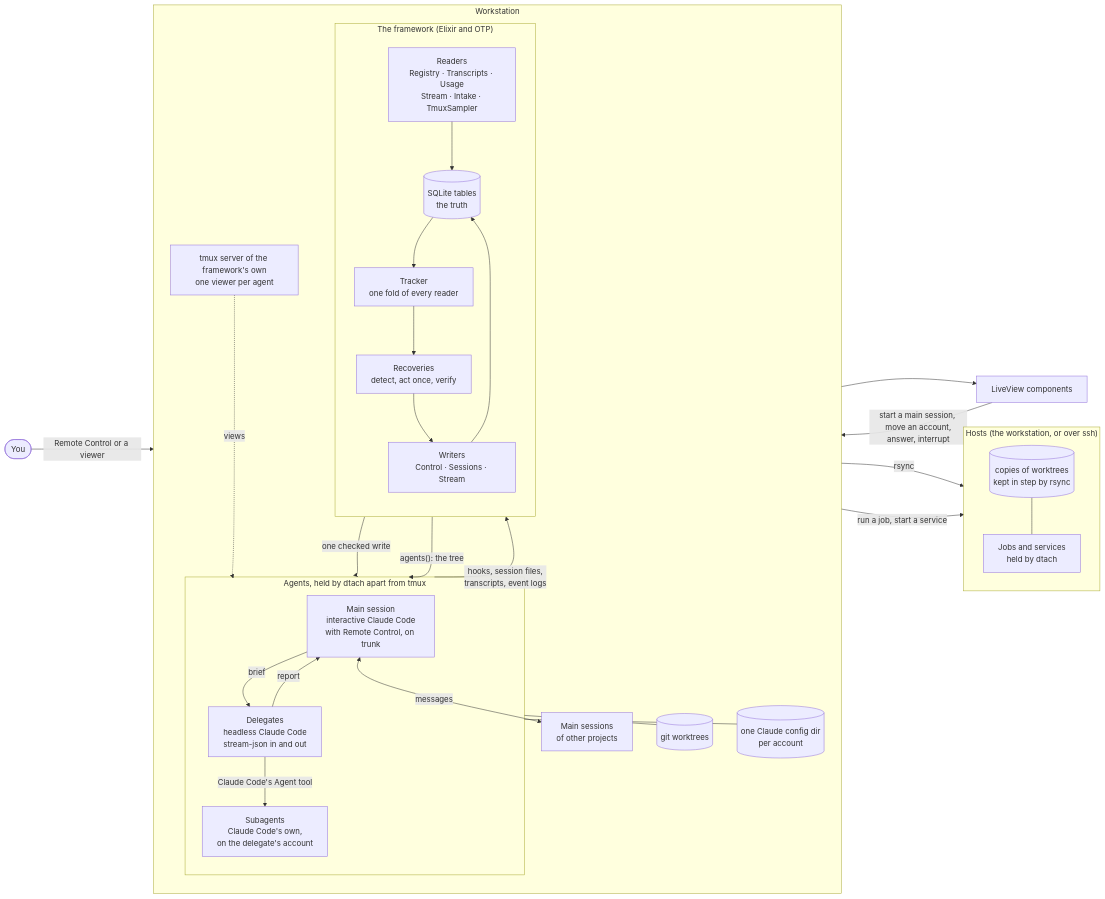
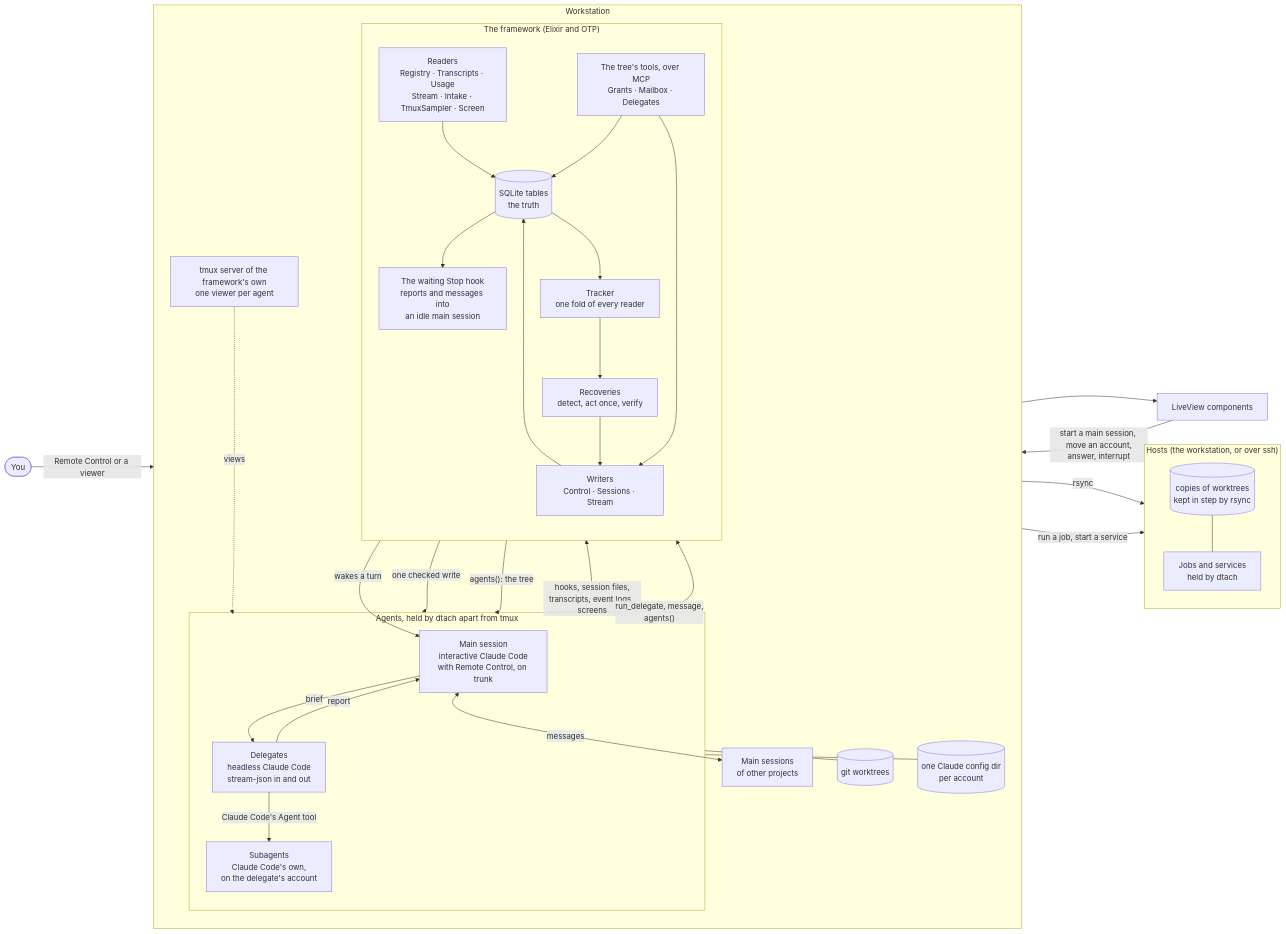
Before and after one commit to SushyDev/coding_agent_framework: the first of 2 diagrams in README.md, drawn with Mermaid. The commit also changed other lines of this file, not shown here.

First line of the commit message:
F-114: the README's charts and status brought up to date

````diff
--- a/README.md
+++ b/README.md
@@ -27,56 +27,63 @@
 ```mermaid
 flowchart LR
   person([You])
 
   subgraph ws["Workstation"]
     direction TB
     subgraph tree["Agents, held by dtach apart from tmux"]
       main["Main session<br/>interactive Claude Code<br/>with Remote Control, on trunk"]
       delegate["Delegates<br/>headless Claude Code<br/>stream-json in and out"]
       sub["Subagents<br/>Claude Code's own,<br/>on the delegate's account"]
     end
     otherMain["Main sessions<br/>of other projects"]
     tmux["tmux server of the framework's own<br/>one viewer per agent"]
     worktrees[("git worktrees")]
     configs[("one Claude config dir<br/>per account")]
 
     subgraph framework["The framework (Elixir and OTP)"]
       direction TB
-      readers["Readers<br/>Registry · Transcripts · Usage<br/>Stream · Intake · TmuxSampler"]
+      readers["Readers<br/>Registry · Transcripts · Usage<br/>Stream · Intake · TmuxSampler · Screen"]
       writers["Writers<br/>Control · Sessions · Stream"]
+      tools["The tree's tools, over MCP<br/>Grants · Mailbox · Delegates"]
+      waiter["The waiting Stop hook<br/>reports and messages into<br/>an idle main session"]
       tracker["Tracker<br/>one fold of every reader"]
       recoveries["Recoveries<br/>detect, act once, verify"]
       db[("SQLite tables<br/>the truth")]
     end
   end
 
   subgraph hosts["Hosts (the workstation, or over ssh)"]
     direction TB
     copies[("copies of worktrees<br/>kept in step by rsync")]
     work["Jobs and services<br/>held by dtach"]
   end
 
   ui["LiveView components"]
 
   person -->|Remote Control or a viewer| main
   main <-->|messages| otherMain
   main -->|brief| delegate
   delegate -->|report| main
   delegate -->|Claude Code's Agent tool| sub
   tree -->|run a job, start a service| work
   worktrees -->|rsync| copies
   copies --- work
   tmux -.->|views| tree
   tree --- worktrees
   tree --- configs
-  tree -->|hooks, session files,<br/>transcripts, event logs| readers
+  tree -->|hooks, session files,<br/>transcripts, event logs, screens| readers
   writers -->|one checked write| tree
+  tree -->|"run_delegate, message,<br/>agents()"| tools
+  tools --> writers
+  tools --> db
+  waiter -->|wakes a turn| main
+  db --> waiter
   readers --> db
   writers --> db
   db --> tracker
   tracker --> recoveries
   recoveries --> writers
   tracker --> ui
   tracker -->|"agents(): the tree"| tree
   ui -->|start a main session, move an account,<br/>answer, interrupt| writers
 ```
````
